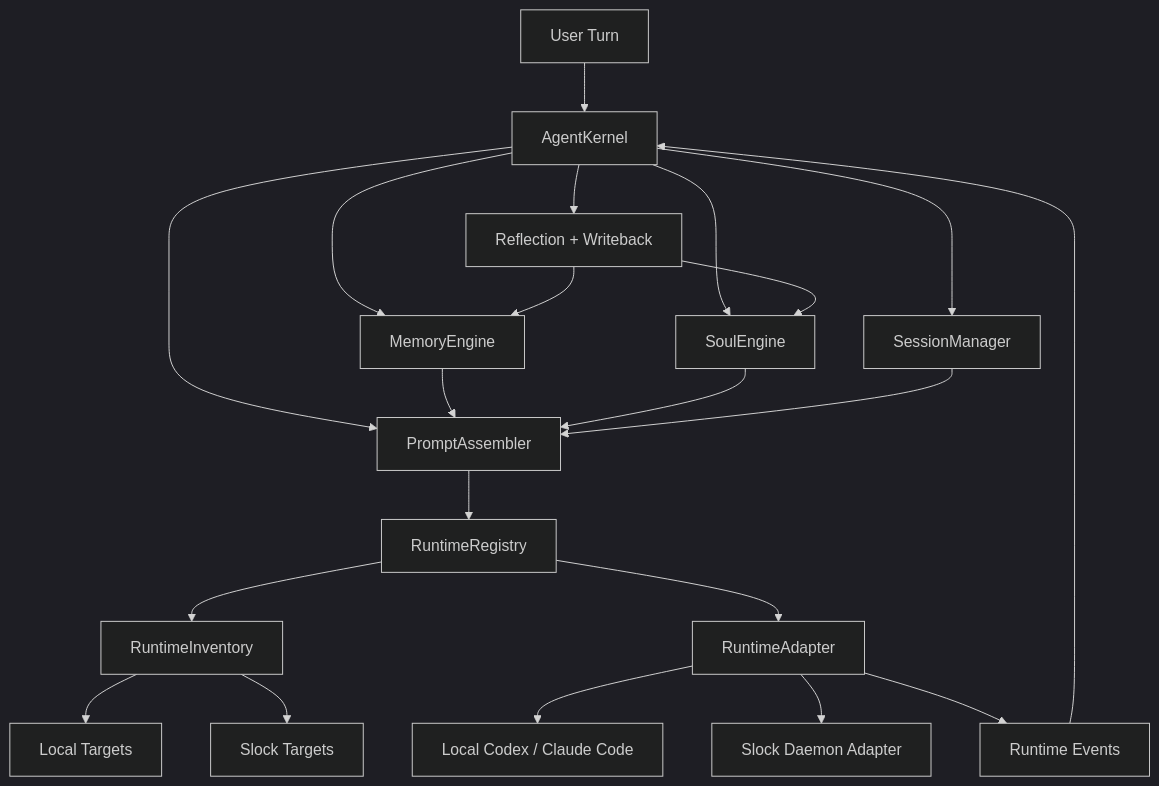
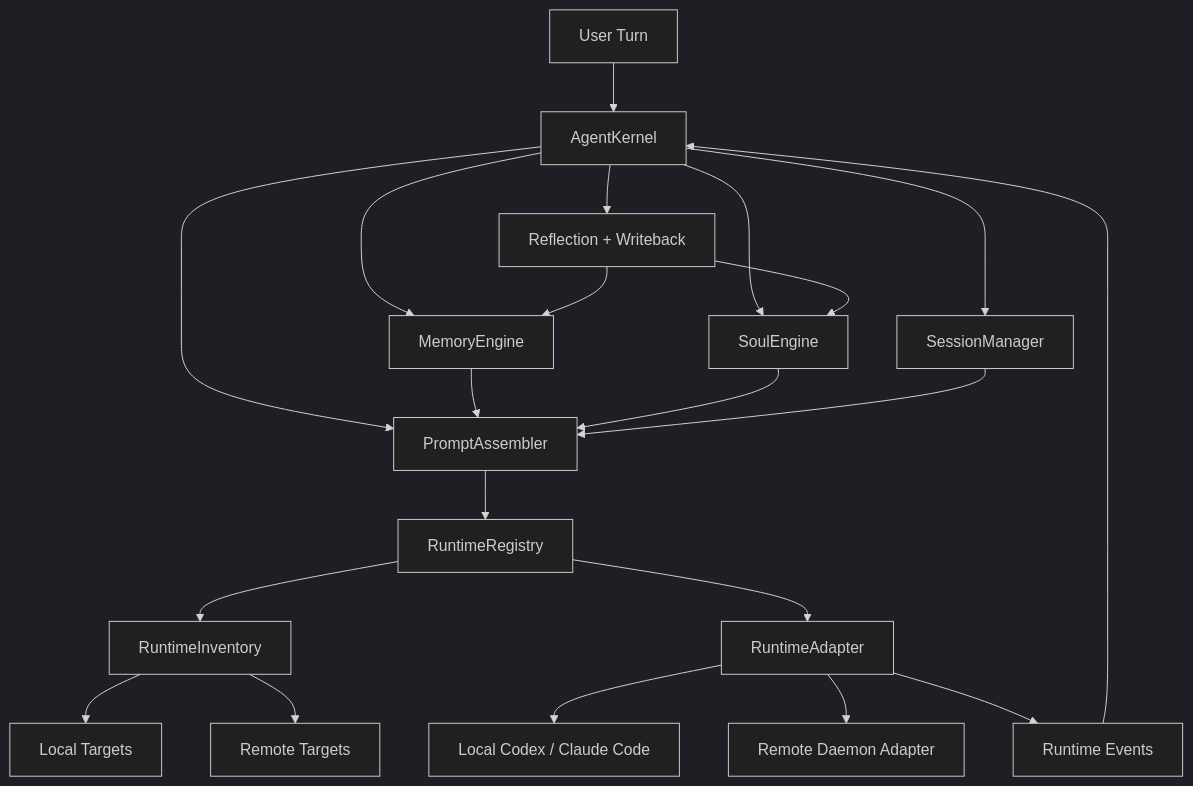
The diagram in docs/architecture.md (baiyuqing/otto), drawn with Mermaid (dark theme) before and after one commit. The commit also changed other lines of this file and 9 other files, not shown here.

Commit message:
Rename daemon runtime targets to remote

````diff
--- a/docs/architecture.md
+++ b/docs/architecture.md
@@ -30,23 +30,23 @@
 ```mermaid
 flowchart TD
     A["User Turn"] --> B["AgentKernel"]
     B --> C["PromptAssembler"]
     B --> D["MemoryEngine"]
     B --> E["SoulEngine"]
     B --> F["SessionManager"]
     C --> G["RuntimeRegistry"]
     D --> C
     E --> C
     F --> C
     G --> H["RuntimeInventory"]
     H --> I["Local Targets"]
-    H --> J["Slock Targets"]
+    H --> J["Remote Targets"]
     G --> K["RuntimeAdapter"]
     K --> L["Local Codex / Claude Code"]
-    K --> M["Slock Daemon Adapter"]
+    K --> M["Remote Daemon Adapter"]
     K --> N["Runtime Events"]
     N --> B
     B --> O["Reflection + Writeback"]
     O --> D
     O --> E
 ```
````
